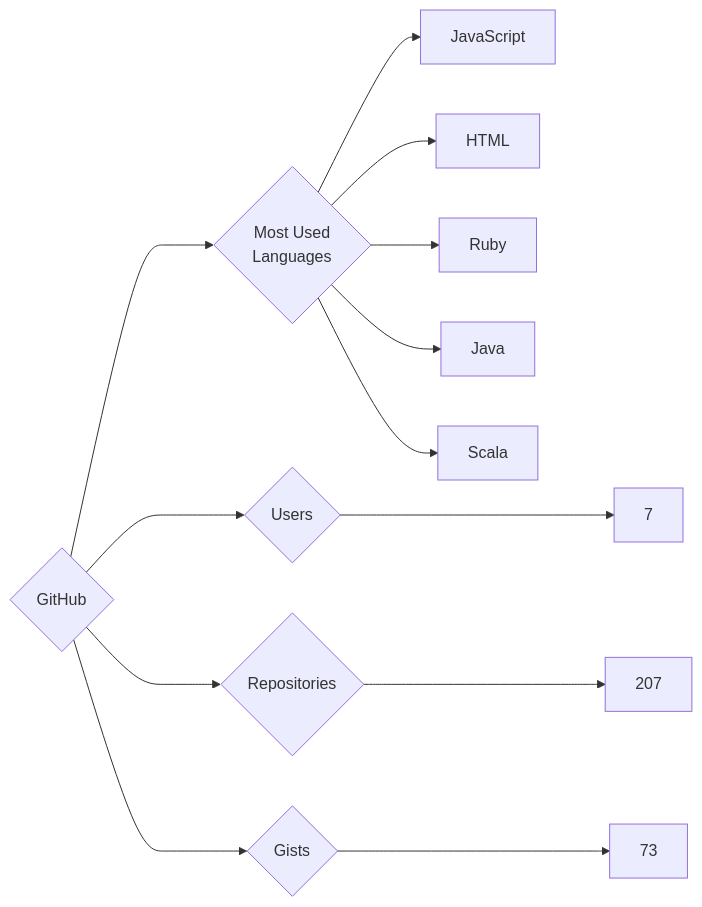
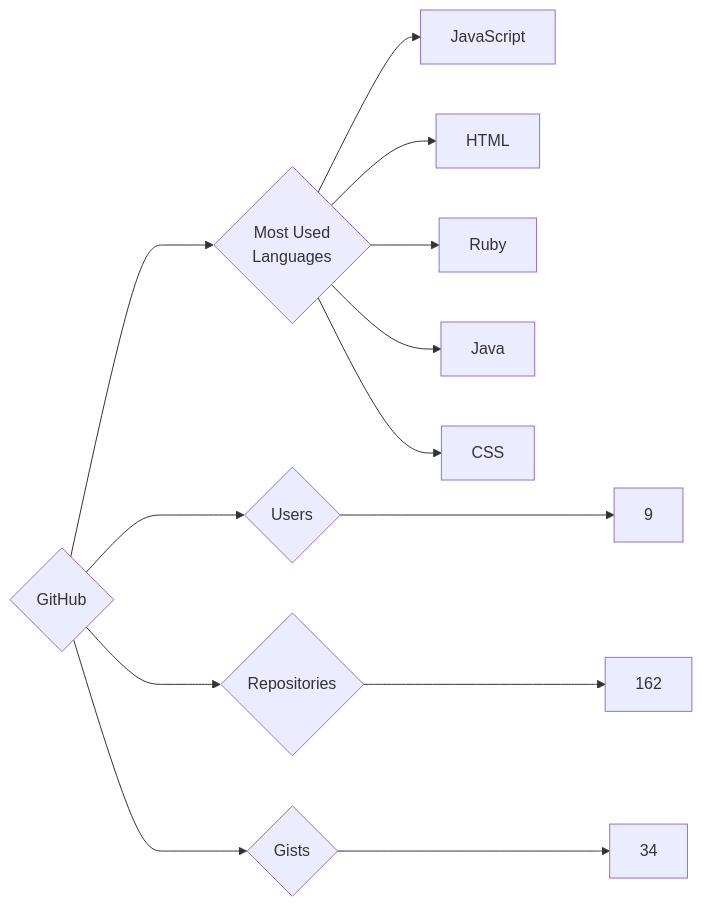
Before and after one commit to trickest/insiders: the diagram in targets/GitHub/README.md, drawn with Mermaid. The commit also changed 559 other files, not shown here.

````diff
--- a/targets/GitHub/README.md
+++ b/targets/GitHub/README.md
@@ -3,13 +3,13 @@
 ```mermaid
 graph LR
 COMPANY_NAME{GitHub}
-COMPANY_NAME ---> U{Users} ---> UN[7]
-COMPANY_NAME ---> R{Repositories} ---> RN[207]
-COMPANY_NAME ---> G{Gists} ---> GN[73]
+COMPANY_NAME ---> U{Users} ---> UN[9]
+COMPANY_NAME ---> R{Repositories} ---> RN[162]
+COMPANY_NAME ---> G{Gists} ---> GN[34]
 COMPANY_NAME ---> ML{Most Used<br>Languages}
 ML --> JavaScript[JavaScript]
 ML --> HTML[HTML]
 ML --> Ruby[Ruby]
 ML --> Java[Java]
-ML --> Scala[Scala]
+ML --> CSS[CSS]
 ```
````
